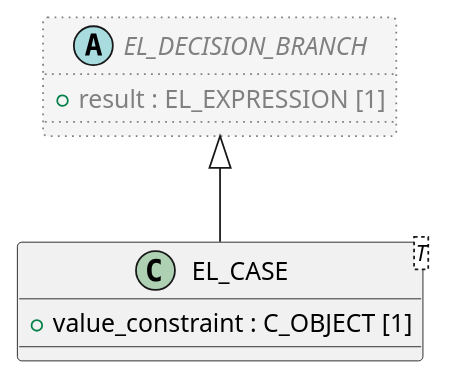
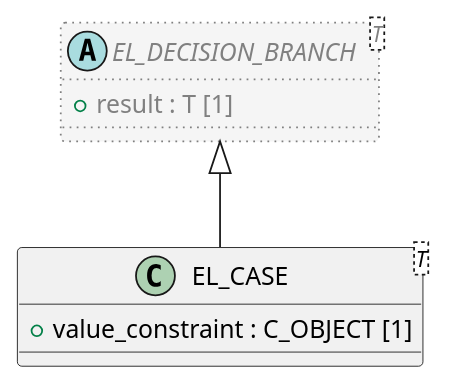
One commit to sebastian-iancu/code-generator changed the diagram in code/Adoc/openehr_lang_1.1.0/plantUML/classes/org.openehr.lang.bmm.el_case.adoc. Above: the diagram before and after it, drawn with PlantUML. The commit also changed 719 other files, not shown here.

```diff
--- a/code/Adoc/openehr_lang_1.1.0/plantUML/classes/org.openehr.lang.bmm.el_case.adoc
+++ b/code/Adoc/openehr_lang_1.1.0/plantUML/classes/org.openehr.lang.bmm.el_case.adoc
@@ -1,17 +1,17 @@
 [plantuml,EL_CASE,format=svg,svg-type="inline"]
 -----
 @startuml
 
 class EL_CASE <T> {
   + value_constraint : C_OBJECT [1]
 }
 
-abstract class EL_DECISION_BRANCH  #whitesmoke;line:gray;line.dotted;text:gray {
-  + result : EL_EXPRESSION [1]
+abstract class EL_DECISION_BRANCH <T>  #whitesmoke;line:gray;line.dotted;text:gray {
+  + result : T [1]
 }
 
 EL_DECISION_BRANCH <|-- EL_CASE
 
 
 @enduml
 -----
```
